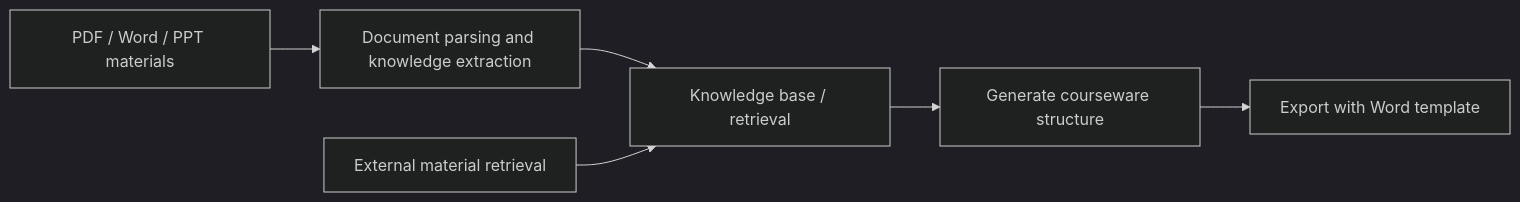
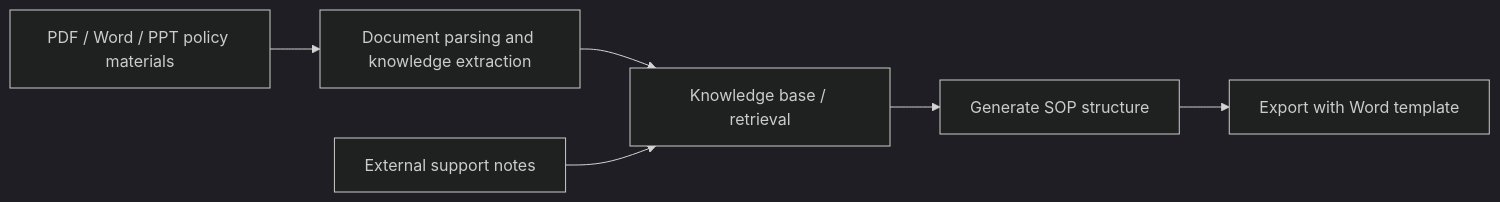
The first of 2 diagrams in docs/ch08-rag/ch05-projects/04-courseware-assistant.md (oudbiao/AI-fullstack-course), drawn with Mermaid (dark theme) before and after one commit. The commit also changed other lines of this file and 14 other files, not shown here.

````diff
--- a/docs/ch08-rag/ch05-projects/04-courseware-assistant.md
+++ b/docs/ch08-rag/ch05-projects/04-courseware-assistant.md
@@ -55,8 +55,8 @@
 ```mermaid
 flowchart LR
-    A["PDF / Word / PPT materials"] --> B["Document parsing and knowledge extraction"]
+    A["PDF / Word / PPT policy materials"] --> B["Document parsing and knowledge extraction"]
     B --> C["Knowledge base / retrieval"]
-    D["External material retrieval"] --> C
-    C --> E["Generate courseware structure"]
+    D["External support notes"] --> C
+    C --> E["Generate SOP structure"]
     E --> F["Export with Word template"]
 ```
````
